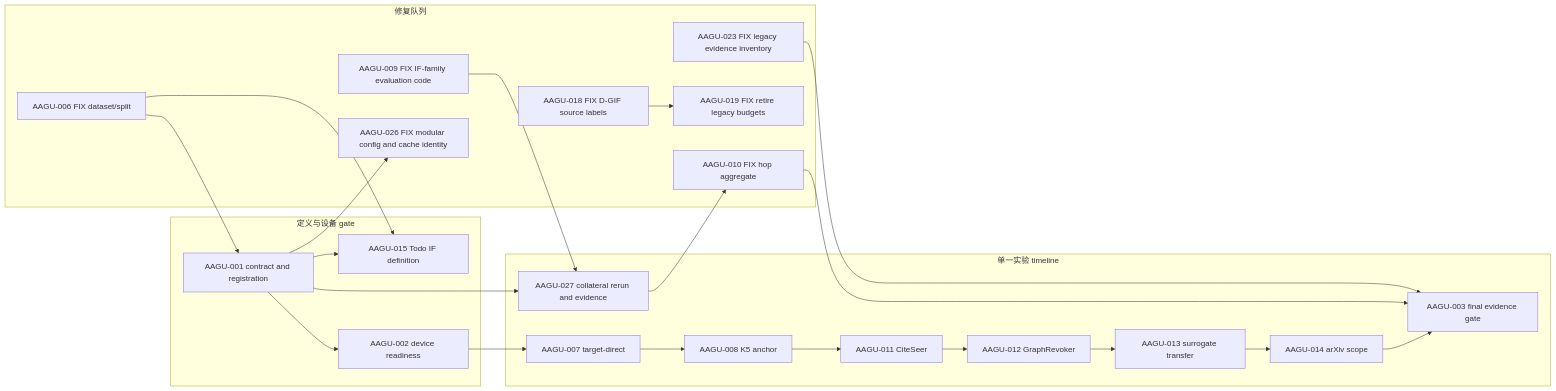
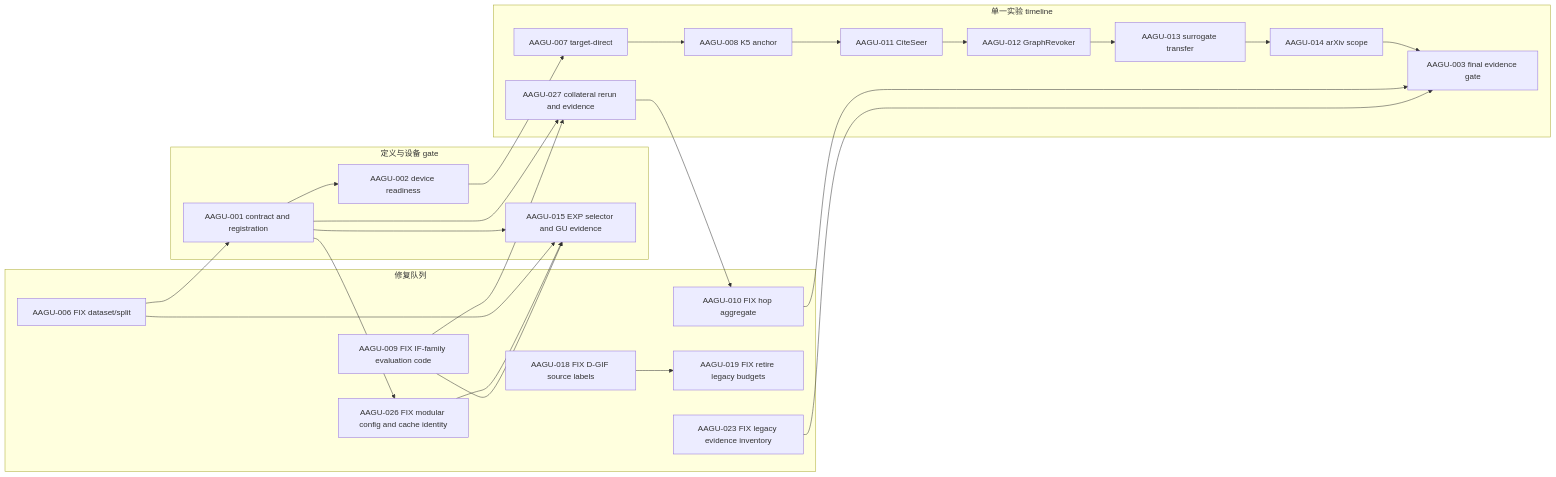
The diagram in GULib-master/self/dashboard/WORKPLAN.md (lelelelelelelelelelelelele/OpenGU), drawn with Mermaid before and after one commit. The commit also changed other lines of this file and 2 other files, not shown here.

Commit message:
init(AAGU-015): promote selector experiment block

````diff
--- a/GULib-master/self/dashboard/WORKPLAN.md
+++ b/GULib-master/self/dashboard/WORKPLAN.md
@@ -76,41 +76,43 @@
 ```mermaid
 flowchart LR
   subgraph Repair[修复队列]
     R0[AAGU-006 FIX dataset/split]
     R1[AAGU-009 FIX IF-family evaluation code]
     R2[AAGU-010 FIX hop aggregate]
     R3[AAGU-018 FIX D-GIF source labels]
     R4[AAGU-019 FIX retire legacy budgets]
     R5[AAGU-023 FIX legacy evidence inventory]
     R6[AAGU-026 FIX modular config and cache identity]
     R3 --> R4
   end
 
   subgraph Gates[定义与设备 gate]
-    T0[AAGU-015 Todo IF definition]
+    T0[AAGU-015 EXP selector and GU evidence]
     G0[AAGU-001 contract and registration]
     G1[AAGU-002 device readiness]
     R0 --> G0 --> T0
     R0 --> T0
+    R6 --> T0
+    R1 --> T0
     G0 --> G1
   end
 
   subgraph Experiments[单一实验 timeline]
     X0[AAGU-007 target-direct]
     X1[AAGU-008 K5 anchor]
     X2[AAGU-011 CiteSeer]
     X3[AAGU-012 GraphRevoker]
     X4[AAGU-013 surrogate transfer]
     X5[AAGU-014 arXiv scope]
     X6[AAGU-027 collateral rerun and evidence]
     G2[AAGU-003 final evidence gate]
     X0 --> X1 --> X2 --> X3 --> X4 --> X5 --> G2
   end
 
   G1 --> X0
   G0 --> R6
   G0 --> X6
   R1 --> X6 --> R2
   R2 --> G2
   R5 --> G2
 ```
````
